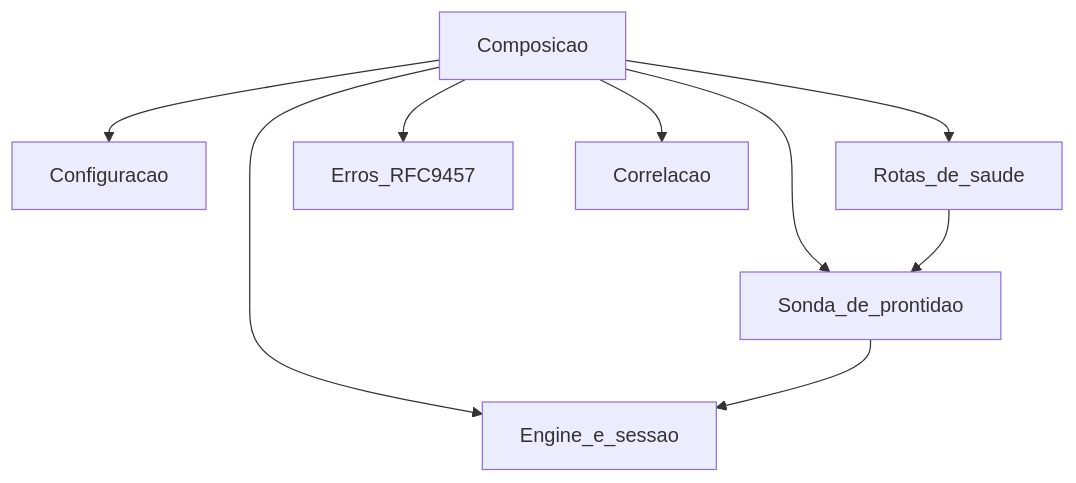
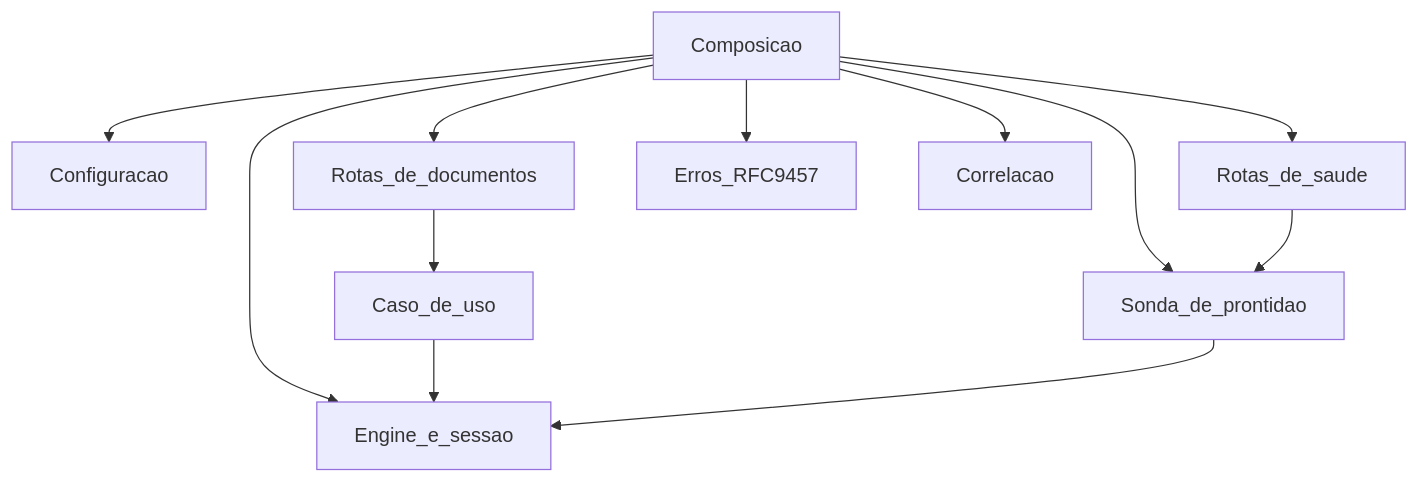
The third of 3 diagrams in docs/architecture/c4.md (ricartefelipe/nexo-ai-knowledge), drawn with Mermaid before and after one commit. The commit also changed other lines of this file and 8 other files, not shown here.

````diff
--- a/docs/architecture/c4.md
+++ b/docs/architecture/c4.md
@@ -33,18 +37,23 @@
 ```mermaid
 flowchart TB
   main[Composicao]
   config[Configuracao]
-  routes[Rotas_de_saude]
+  health[Rotas_de_saude]
+  documents[Rotas_de_documentos]
+  ingest[Caso_de_uso]
   errors[Erros_RFC9457]
   correlation[Correlacao]
   database[Engine_e_sessao]
   probe[Sonda_de_prontidao]
   main --> config
-  main --> routes
+  main --> health
+  main --> documents
   main --> errors
   main --> correlation
   main --> database
   main --> probe
-  routes --> probe
+  documents --> ingest
+  ingest --> database
+  health --> probe
   probe --> database
 ```
````
